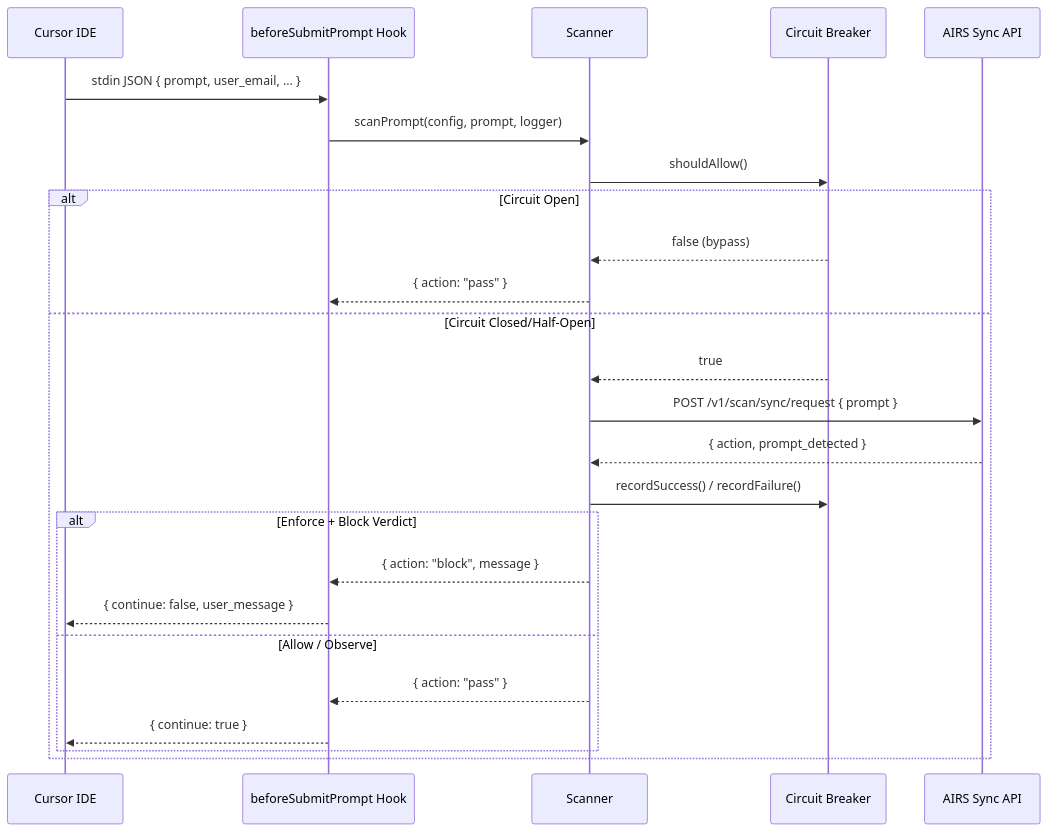
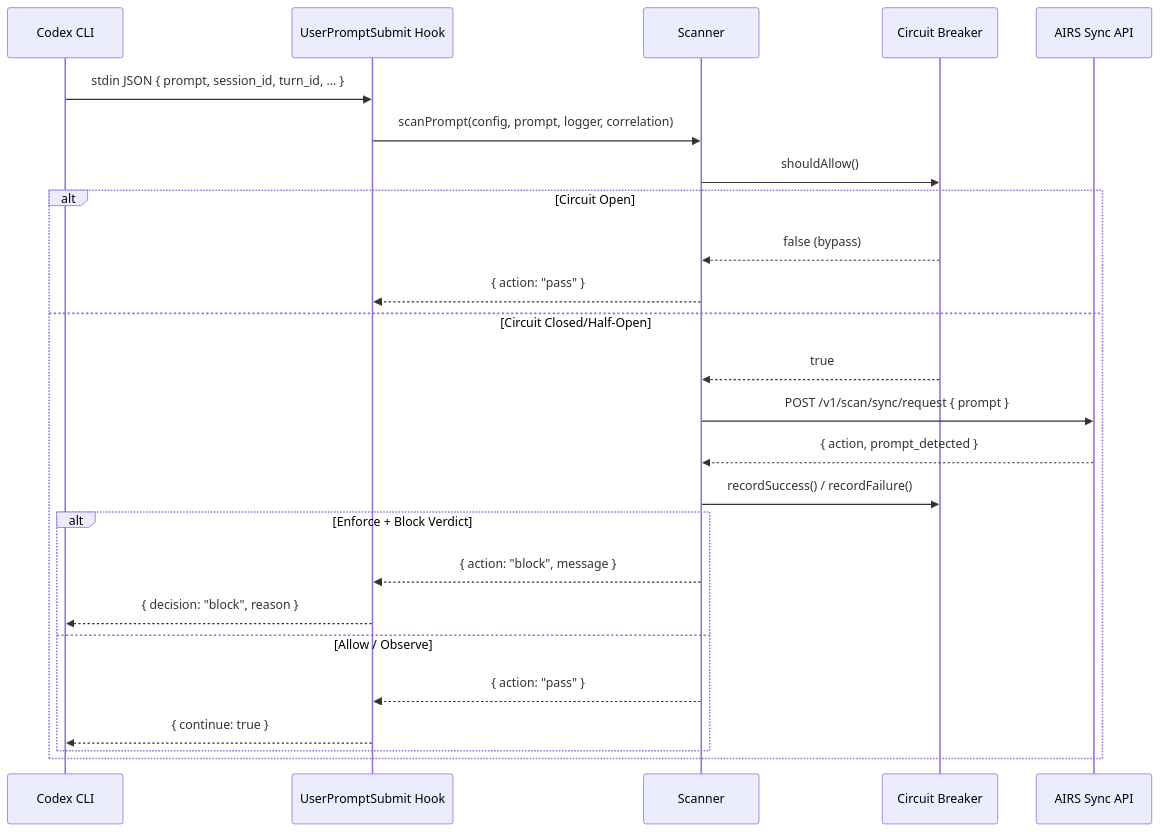
Before and after one commit to cdot65/prisma-airs-codex-hooks: the first of 4 diagrams in docs/architecture/scanning-flow.md, drawn with Mermaid. The commit also changed other lines of this file and 23 other files, not shown here.

````diff
--- a/docs/architecture/scanning-flow.md
+++ b/docs/architecture/scanning-flow.md
@@ -5,28 +5,28 @@
 ```mermaid
 sequenceDiagram
-    participant C as Cursor IDE
-    participant H as beforeSubmitPrompt Hook
+    participant C as Codex CLI
+    participant H as UserPromptSubmit Hook
     participant S as Scanner
     participant CB as Circuit Breaker
     participant A as AIRS Sync API
 
-    C->>H: stdin JSON { prompt, user_email, ... }
-    H->>S: scanPrompt(config, prompt, logger)
+    C->>H: stdin JSON { prompt, session_id, turn_id, ... }
+    H->>S: scanPrompt(config, prompt, logger, correlation)
     S->>CB: shouldAllow()
     alt Circuit Open
         CB-->>S: false (bypass)
         S-->>H: { action: "pass" }
     else Circuit Closed/Half-Open
         CB-->>S: true
         S->>A: POST /v1/scan/sync/request { prompt }
         A-->>S: { action, prompt_detected }
         S->>CB: recordSuccess() / recordFailure()
         alt Enforce + Block Verdict
             S-->>H: { action: "block", message }
-            H-->>C: { continue: false, user_message }
+            H-->>C: { decision: "block", reason }
         else Allow / Observe
             S-->>H: { action: "pass" }
             H-->>C: { continue: true }
         end
     end
 ```
````
